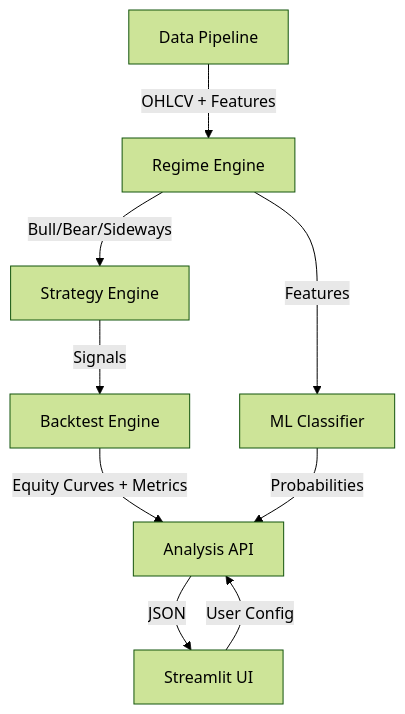
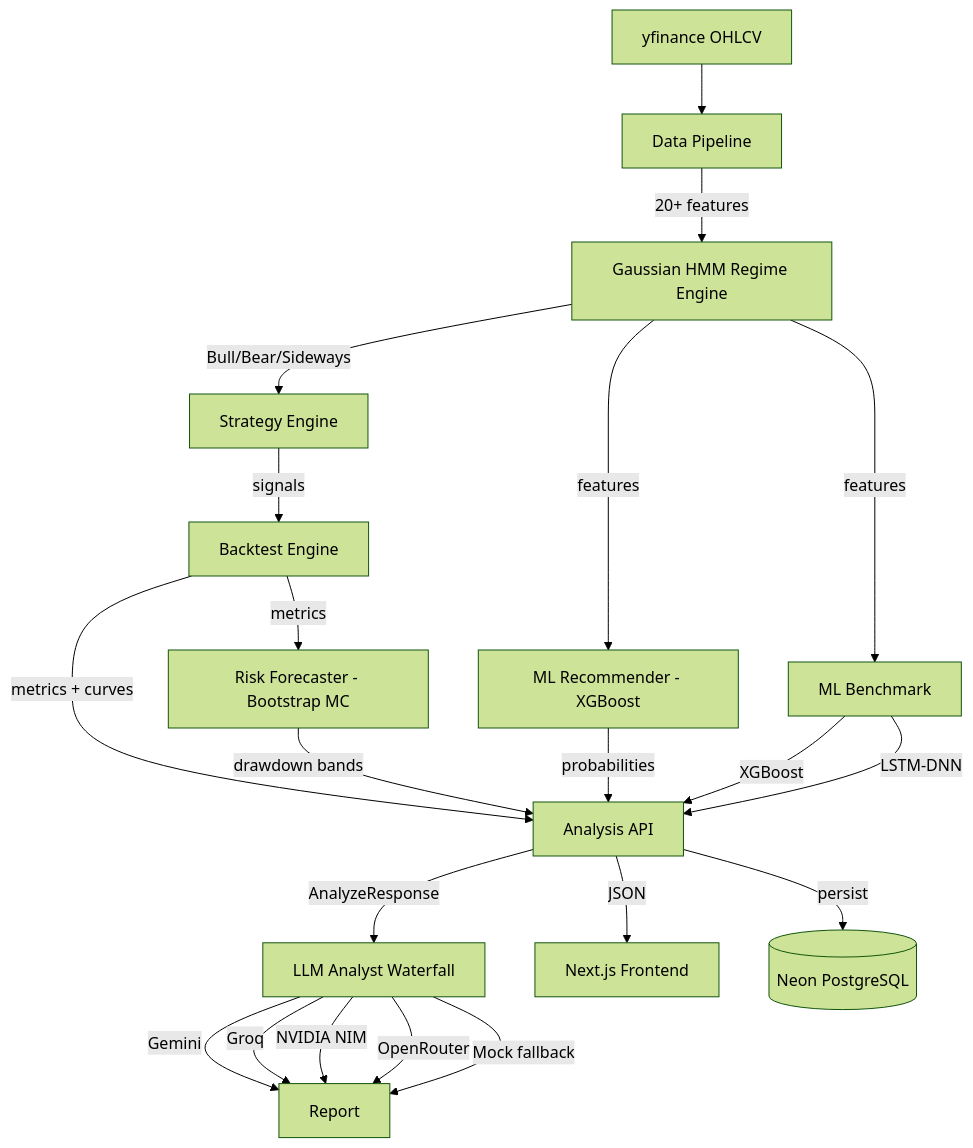
Before and after one commit to jayadityadev/indian-market-portfolio: the diagram in ABOUT.md, drawn with Mermaid (forest theme). The commit also changed other lines of this file and 185 other files, not shown here.

````diff
--- a/ABOUT.md
+++ b/ABOUT.md
@@ -281,11 +88,23 @@
 ```mermaid
 graph TD
-    A[Data Pipeline] -->|OHLCV + Features| B[Regime Engine]
-    B -->|Bull/Bear/Sideways| C[Strategy Engine]
-    C -->|Signals| D[Backtest Engine]
-    D -->|Equity Curves + Metrics| E[Analysis API]
-    B -->|Features| F[ML Classifier]
-    F -->|Probabilities| E
-    E -->|JSON| G[Streamlit UI]
-    G -->|User Config| E
+    A[yfinance OHLCV] --> B[Data Pipeline]
+    B --> |20+ features| C[Gaussian HMM Regime Engine]
+    C --> |Bull/Bear/Sideways| D[Strategy Engine]
+    D --> |signals| E[Backtest Engine]
+    E --> |metrics + curves| F[Analysis API]
+    C --> |features| G[ML Recommender - XGBoost]
+    G --> |probabilities| F
+    C --> |features| H[ML Benchmark]
+    H --> |XGBoost| F
+    H --> |LSTM-DNN| F
+    E --> |metrics| I[Risk Forecaster - Bootstrap MC]
+    I --> |drawdown bands| F
+    F --> |AnalyzeResponse| J[LLM Analyst Waterfall]
+    J --> |Gemini| K[Report]
+    J --> |Groq| K
+    J --> |NVIDIA NIM| K
+    J --> |OpenRouter| K
+    J --> |Mock fallback| K
+    F --> |JSON| L[Next.js Frontend]
+    F --> |persist| M[(Neon PostgreSQL)]
 ```
````
